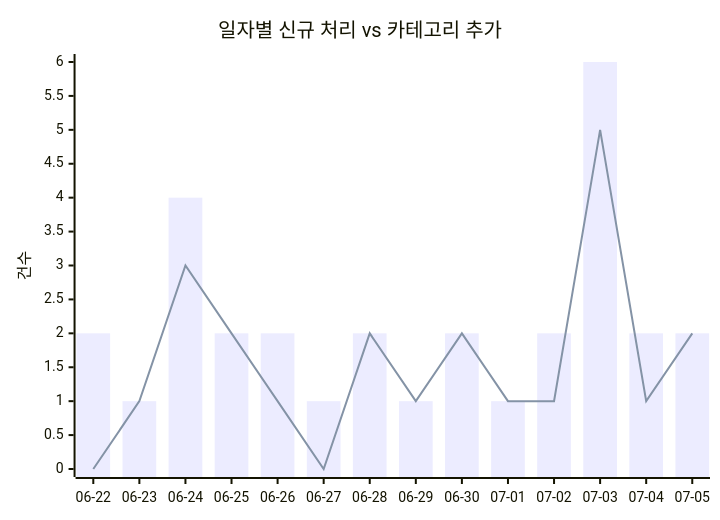
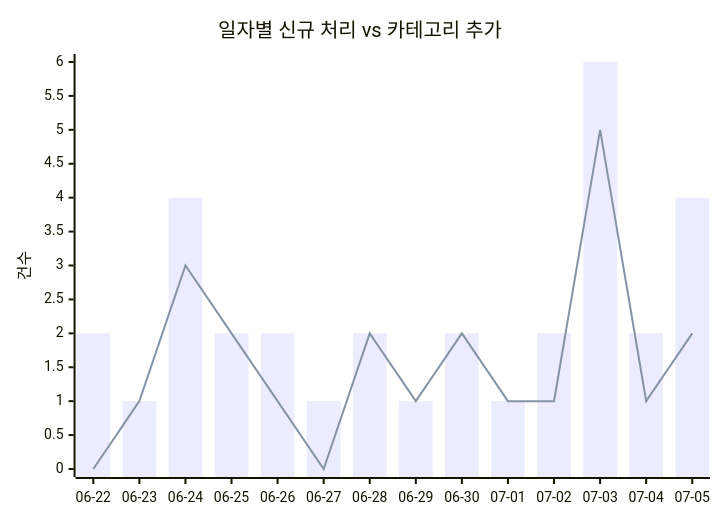
One commit to J-nowcow/awesome-korean-agent-skills changed the first of 2 diagrams in docs/trends.md. Above: the diagram before and after it, drawn with Mermaid. The commit also changed other lines of this file and 2 other files, not shown here.

````diff
--- a/docs/trends.md
+++ b/docs/trends.md
@@ -32,8 +32,8 @@
 ```mermaid
 xychart-beta
     title "일자별 신규 처리 vs 카테고리 추가"
     x-axis ["06-22","06-23","06-24","06-25","06-26","06-27","06-28","06-29","06-30","07-01","07-02","07-03","07-04","07-05"]
     y-axis "건수"
-    bar [2,1,4,2,2,1,2,1,2,1,2,6,2,2]
+    bar [2,1,4,2,2,1,2,1,2,1,2,6,2,4]
     line [0,1,3,2,1,0,2,1,2,1,1,5,1,2]
 ```
````
